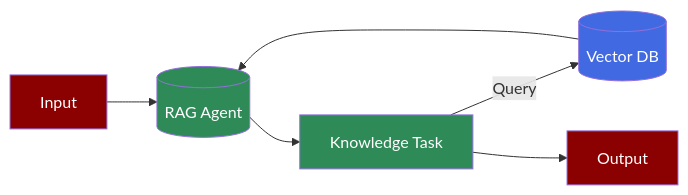
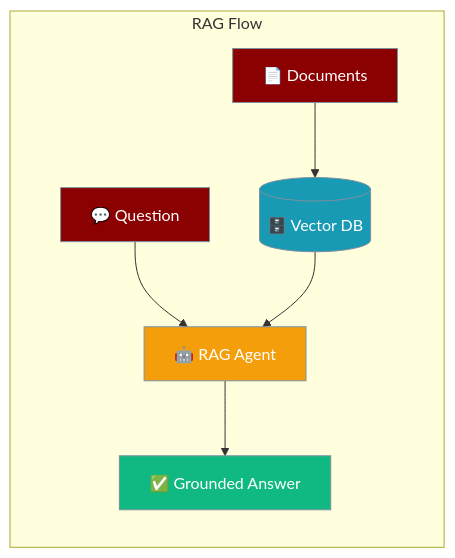
Before and after one commit to MervinPraison/PraisonAIDocs: the first of 2 diagrams in docs/features/rag.mdx, drawn with Mermaid. The commit also changed other lines of this file and 6 other files, not shown here.

````diff
--- a/docs/features/rag.mdx
+++ b/docs/features/rag.mdx
@@ -8,14 +10,19 @@
 ```mermaid
-flowchart LR
-    In[Input] --> RAGAgent[("RAG Agent")]
-    VDB[(Vector DB)] --> RAGAgent
-    RAGAgent --> Task[Knowledge Task]
-    Task --> |Query| VDB
-    Task --> Out[Output]
-    
-    style In fill:#8B0000,color:#fff
-    style RAGAgent fill:#2E8B57,color:#fff,shape:circle
-    style VDB fill:#4169E1,color:#fff,shape:cylinder
-    style Task fill:#2E8B57,color:#fff
-    style Out fill:#8B0000,color:#fff
+graph LR
+    subgraph "RAG Flow"
+        Input["📄 Documents"] --> VDB[("🗄️ Vector DB")]
+        Query["💬 Question"] --> Agent["🤖 RAG Agent"]
+        VDB --> Agent
+        Agent --> Output["✅ Grounded Answer"]
+    end
+
+    classDef input fill:#8B0000,stroke:#7C90A0,color:#fff
+    classDef store fill:#189AB4,stroke:#7C90A0,color:#fff
+    classDef process fill:#F59E0B,stroke:#7C90A0,color:#fff
+    classDef output fill:#10B981,stroke:#7C90A0,color:#fff
+
+    class Input,Query input
+    class VDB store
+    class Agent process
+    class Output output
 ```
````
